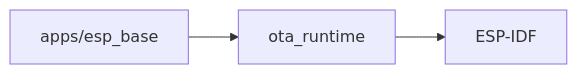
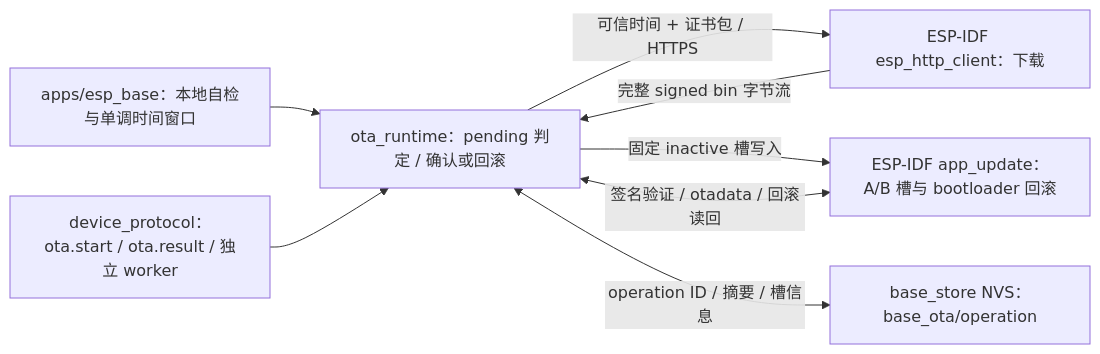
The diagram in firmware/components/ota_runtime/README.md (darren-you/esp-base), drawn with Mermaid before and after one commit. The commit also changed other lines of this file and 64 other files, not shown here.

First line of the commit message:
为 OTA pending 新槽加入本地自检与三十秒稳定确认门，并补齐 host 故障回归和固件说明

````diff
--- a/firmware/components/ota_runtime/README.md
+++ b/firmware/components/ota_runtime/README.md
@@ -7,5 +7,10 @@
 ```mermaid
 flowchart LR
-    app["apps/esp_base"] --> component["ota_runtime"]
-    component --> sdk["ESP-IDF"]
+    app["apps/esp_base：本地自检与单调时间窗口"] --> component["ota_runtime：pending 判定 / 确认或回滚"]
+    protocol["device_protocol：ota.start / ota.result / 独立 worker"] --> component
+    component -->|"可信时间 + 证书包 / HTTPS"| https["ESP-IDF esp_http_client：下载"]
+    https -->|"完整 signed bin 字节流"| component
+    component -->|"固定 inactive 槽写入"| sdk
+    component <-->|"签名验证 / otadata / 回滚读回"| sdk["ESP-IDF app_update：A/B 槽与 bootloader 回滚"]
+    component <-->|"operation ID / 摘要 / 槽信息"| receipt["base_store NVS：base_ota/operation"]
 ```
````
